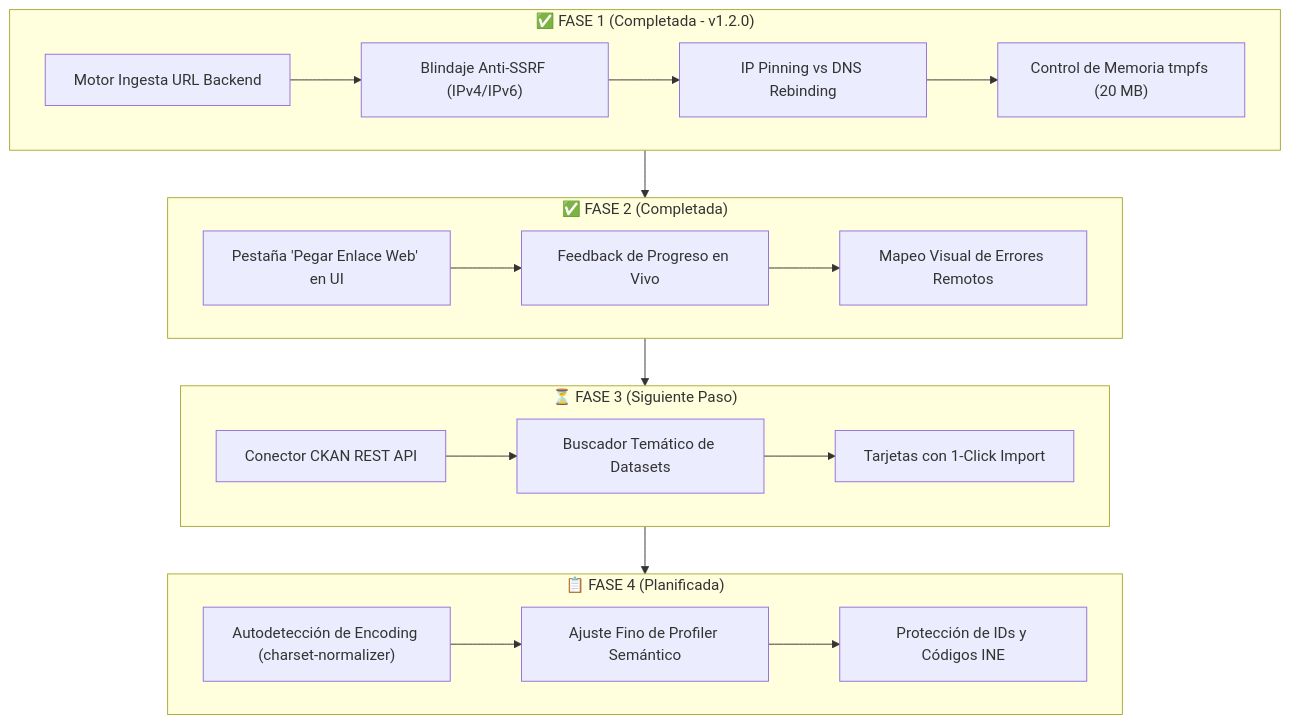
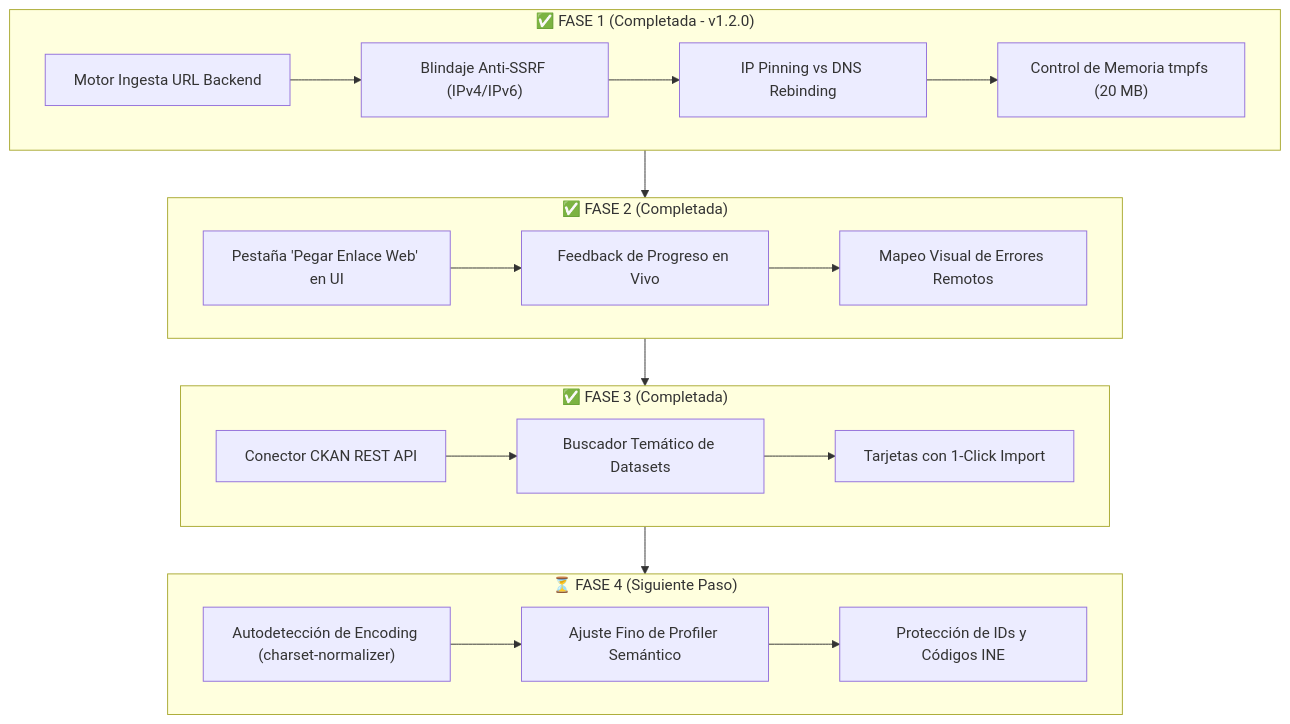
Before and after one commit to migueljerico/dataflow-ai: the diagram in ROADMAP.md, drawn with Mermaid. The commit also changed other lines of this file and 9 other files, not shown here.

````diff
--- a/ROADMAP.md
+++ b/ROADMAP.md
@@ -25,27 +25,27 @@
 ```mermaid
 flowchart TD
     subgraph F1["✅ FASE 1 (Completada - v1.2.0)"]
         A1["Motor Ingesta URL Backend"] --> A2["Blindaje Anti-SSRF (IPv4/IPv6)"]
         A2 --> A3["IP Pinning vs DNS Rebinding"]
         A3 --> A4["Control de Memoria tmpfs (20 MB)"]
     end
 
     subgraph F2["✅ FASE 2 (Completada)"]
         B1["Pestaña 'Pegar Enlace Web' en UI"] --> B2["Feedback de Progreso en Vivo"]
         B2 --> B3["Mapeo Visual de Errores Remotos"]
     end
 
-    subgraph F3["⏳ FASE 3 (Siguiente Paso)"]
+    subgraph F3["✅ FASE 3 (Completada)"]
         C1["Conector CKAN REST API"] --> C2["Buscador Temático de Datasets"]
         C2 --> C3["Tarjetas con 1-Click Import"]
     end
 
-    subgraph F4["📋 FASE 4 (Planificada)"]
+    subgraph F4["⏳ FASE 4 (Siguiente Paso)"]
         D1["Autodetección de Encoding (charset-normalizer)"] --> D2["Ajuste Fino de Profiler Semántico"]
         D2 --> D3["Protección de IDs y Códigos INE"]
     end
 
     F1 --> F2
     F2 --> F3
     F3 --> F4
 ```
````
